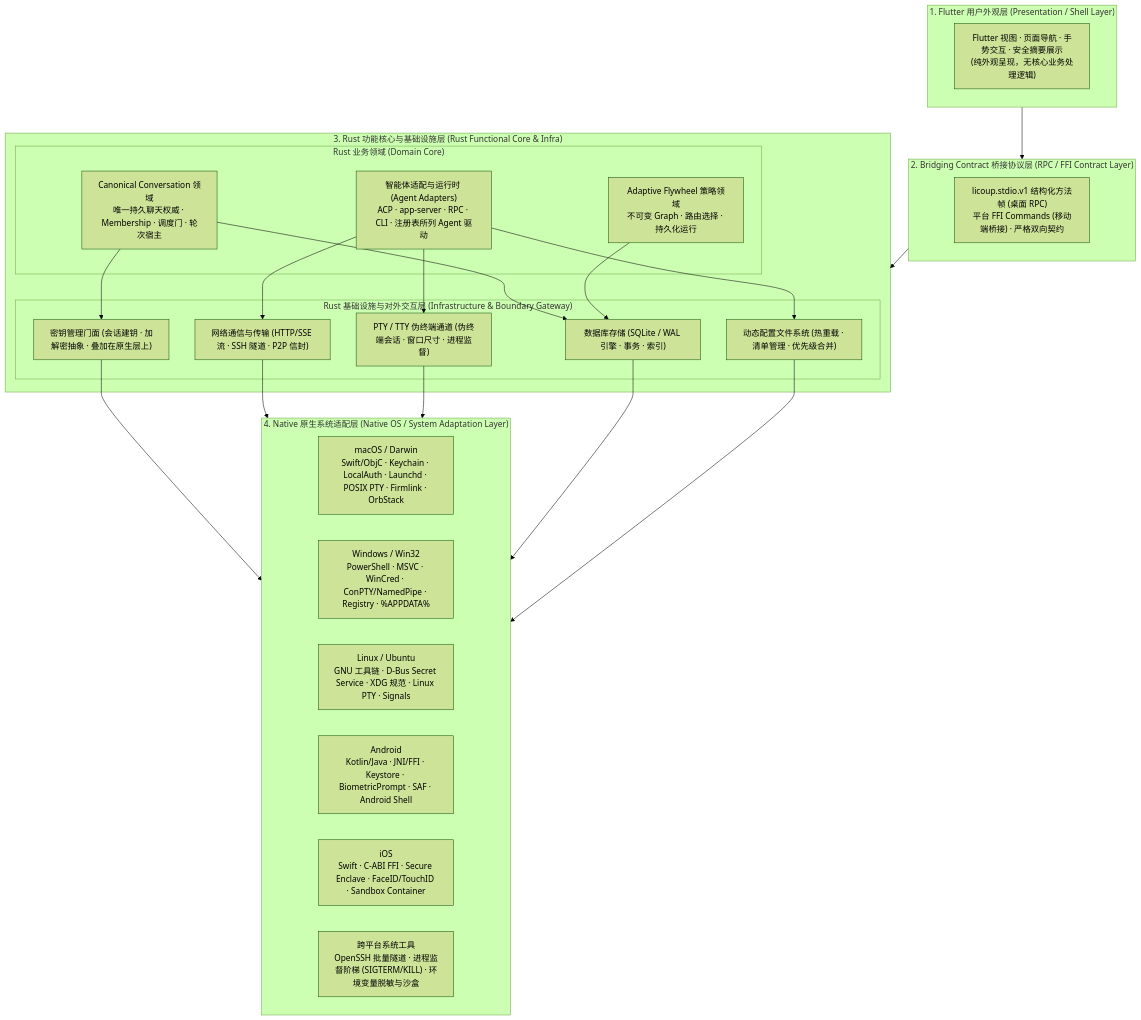
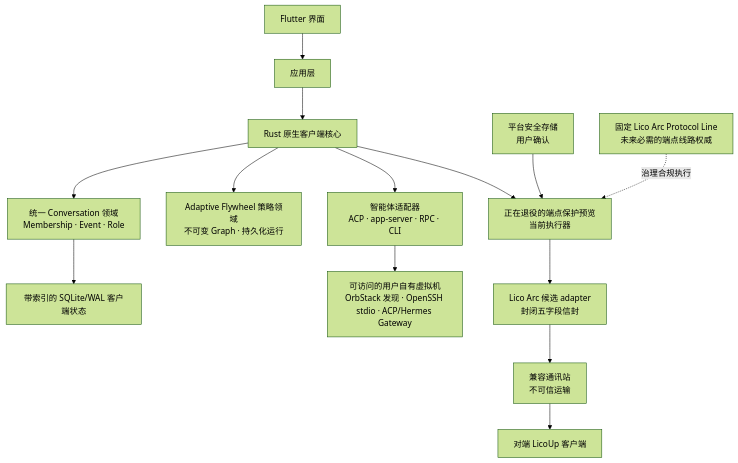
One commit to LicoLand/LicoUp changed the first of 3 diagrams in docs/architecture/README.zh-CN.md. Above: the diagram before and after it, drawn with Mermaid (forest theme). The commit also changed other lines of this file and 953 other files, not shown here.

````diff
--- a/docs/architecture/README.zh-CN.md
+++ b/docs/architecture/README.zh-CN.md
@@ -50,50 +24,16 @@
 ```mermaid
 flowchart TB
-    subgraph LAYER1["1. Flutter 用户外观层 (Presentation / Shell Layer)"]
-        UI["Flutter 视图 · 页面导航 · 手势交互 · 安全摘要展示<br/>(纯外观呈现，无核心业务处理逻辑)"]
-    end
-
-    subgraph LAYER2["2. Bridging Contract 桥接协议层 (RPC / FFI Contract Layer)"]
-        BRIDGE["licoup.stdio.v1 结构化方法帧 (桌面 RPC)<br/>平台 FFI Commands (移动端桥接) · 严格双向契约"]
-    end
-
-    subgraph LAYER3["3. Rust 功能核心与基础设施层 (Rust Functional Core & Infra)"]
-        subgraph DOMAIN_BOX["Rust 业务领域 (Domain Core)"]
-            CONVERSATIONS["Canonical Conversation 领域<br/>唯一持久聊天权威 · Membership · 调度门 · 轮次宿主"]
-            STRATEGIES["Adaptive Flywheel 策略领域<br/>不可变 Graph · 路由选择 · 持久化运行"]
-            AGENTS["智能体适配与运行时 (Agent Adapters)<br/>ACP · app-server · RPC · CLI · 注册表所列 Agent 驱动"]
-        end
-
-        subgraph INFRA_BOX["Rust 基础设施与对外交互层 (Infrastructure & Boundary Gateway)"]
-            DB_STORAGE["数据库存储 (SQLite / WAL 引擎 · 事务 · 索引)"]
-            DYNAMIC_CONFIG["动态配置文件系统 (热重载 · 清单管理 · 优先级合并)"]
-            SECRET_CUSTODY["密钥管理门面 (会话建钥 · 加解密抽象 · 叠加在原生层上)"]
-            NET_TRANSPORT["网络通信与传输 (HTTP/SSE 流 · SSH 隧道 · P2P 信封)"]
-            PTY_TRANSPORT["PTY / TTY 伪终端通道 (伪终端会话 · 窗口尺寸 · 进程监督)"]
-        end
-
-        CONVERSATIONS --> DB_STORAGE
-        STRATEGIES --> DB_STORAGE
-        AGENTS --> NET_TRANSPORT
-        AGENTS --> PTY_TRANSPORT
-        CONVERSATIONS --> SECRET_CUSTODY
-        AGENTS --> DYNAMIC_CONFIG
-    end
-
-    subgraph LAYER4["4. Native 原生系统适配层 (Native OS / System Adaptation Layer)"]
-        MACOS["macOS / Darwin<br/>Swift/ObjC · Keychain · LocalAuth · Launchd · POSIX PTY · Firmlink · OrbStack"]
-        WINDOWS["Windows / Win32<br/>PowerShell · MSVC · WinCred · ConPTY/NamedPipe · Registry · %APPDATA%"]
-        LINUX["Linux / Ubuntu<br/>GNU 工具链 · D-Bus Secret Service · XDG 规范 · Linux PTY · Signals"]
-        ANDROID["Android<br/>Kotlin/Java · JNI/FFI · Keystore · BiometricPrompt · SAF · Android Shell"]
-        IOS["iOS<br/>Swift · C-ABI FFI · Secure Enclave · FaceID/TouchID · Sandbox Container"]
-        COMMON_OS["跨平台系统工具<br/>OpenSSH 批量隧道 · 进程监督阶梯 (SIGTERM/KILL) · 环境变量脱敏与沙盒"]
-    end
-
-    LAYER1 --> LAYER2
-    LAYER2 --> LAYER3
-    SECRET_CUSTODY --> LAYER4
-    NET_TRANSPORT --> LAYER4
-    PTY_TRANSPORT --> LAYER4
-    DB_STORAGE --> LAYER4
-    DYNAMIC_CONFIG --> LAYER4
+    UI["Flutter 界面"] --> APP["应用层"]
+    APP --> CORE["Rust 原生客户端核心"]
+    CORE --> CONVERSATIONS["统一 Conversation 领域<br/>Membership · Event · Role"]
+    CORE --> STRATEGIES["Adaptive Flywheel 策略领域<br/>不可变 Graph · 持久化运行"]
+    CONVERSATIONS --> STORE["带索引的 SQLite/WAL 客户端状态"]
+    CORE --> AGENTS["智能体适配器<br/>ACP · app-server · RPC · CLI"]
+    AGENTS --> VM["可访问的用户自有虚拟机<br/>OrbStack 发现 · OpenSSH stdio · ACP/Hermes Gateway"]
+    CORE --> MESH["正在退役的端点保护预览<br/>当前执行器"]
+    MESH --> ARC["Lico Arc 候选 adapter<br/>封闭五字段信封"]
+    ARC --> STATION["兼容通讯站<br/>不可信运输"]
+    STATION --> PEER["对端 LicoUp 客户端"]
+    KEYS["平台安全存储<br/>用户确认"] --> MESH
+    LINE["固定 Lico Arc Protocol Line<br/>未来必需的端点线路权威"] -. "治理合规执行" .-> MESH
 ```
````
